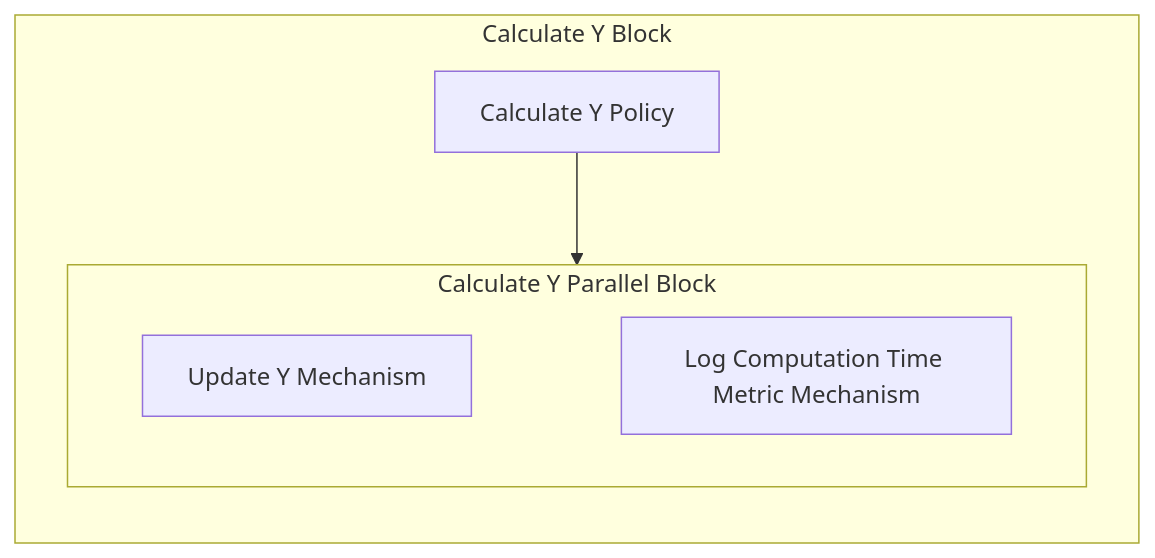
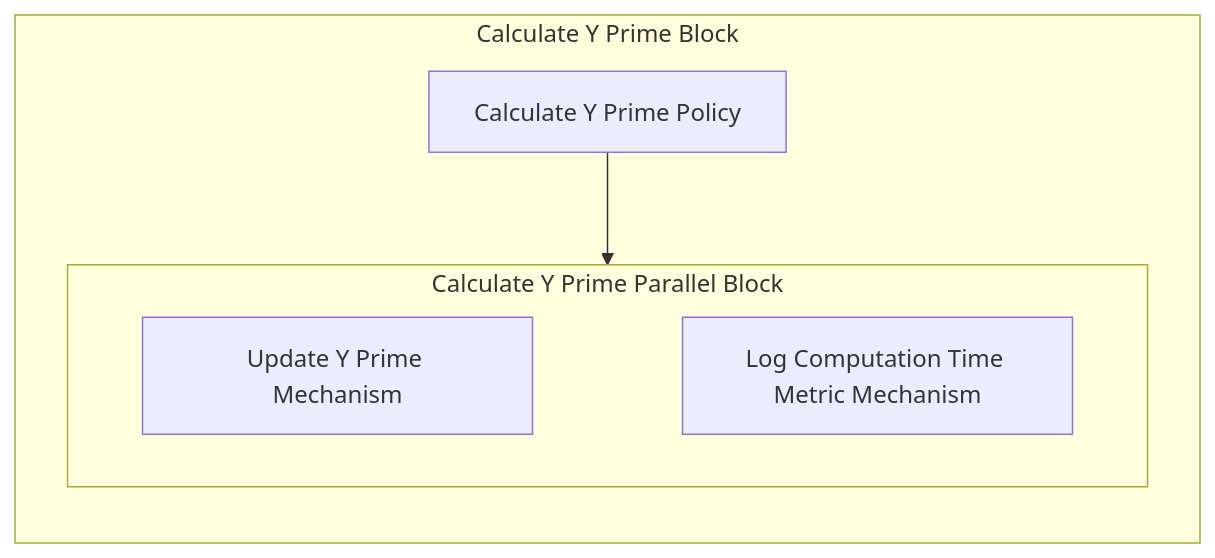
One commit to SeanMcOwen/Root-Finding-Simulation changed the diagram in MSML/dev/Temp Diagram.md. Above: the diagram before and after it, drawn with Mermaid. The commit also changed 4 other files, not shown here.

Commit message:
Calculate y prime block

````diff
--- a/MSML/dev/Temp Diagram.md
+++ b/MSML/dev/Temp Diagram.md
@@ -1,14 +1,14 @@
 ```mermaid
 graph TB
-subgraph X5[Calculate Y Block]
+subgraph X5[Calculate Y Prime Block]
 direction TB
-X1[Calculate Y Policy]
-subgraph X4[Calculate Y Parallel Block]
+X1[Calculate Y Prime Policy]
+subgraph X4[Calculate Y Prime Parallel Block]
 direction LR
-X2[Update Y Mechanism]
+X2[Update Y Prime Mechanism]
 X3[Log Computation Time Metric Mechanism]
 X2 ~~~ X3
 end
 X1-->X4
 end
 ```
````
